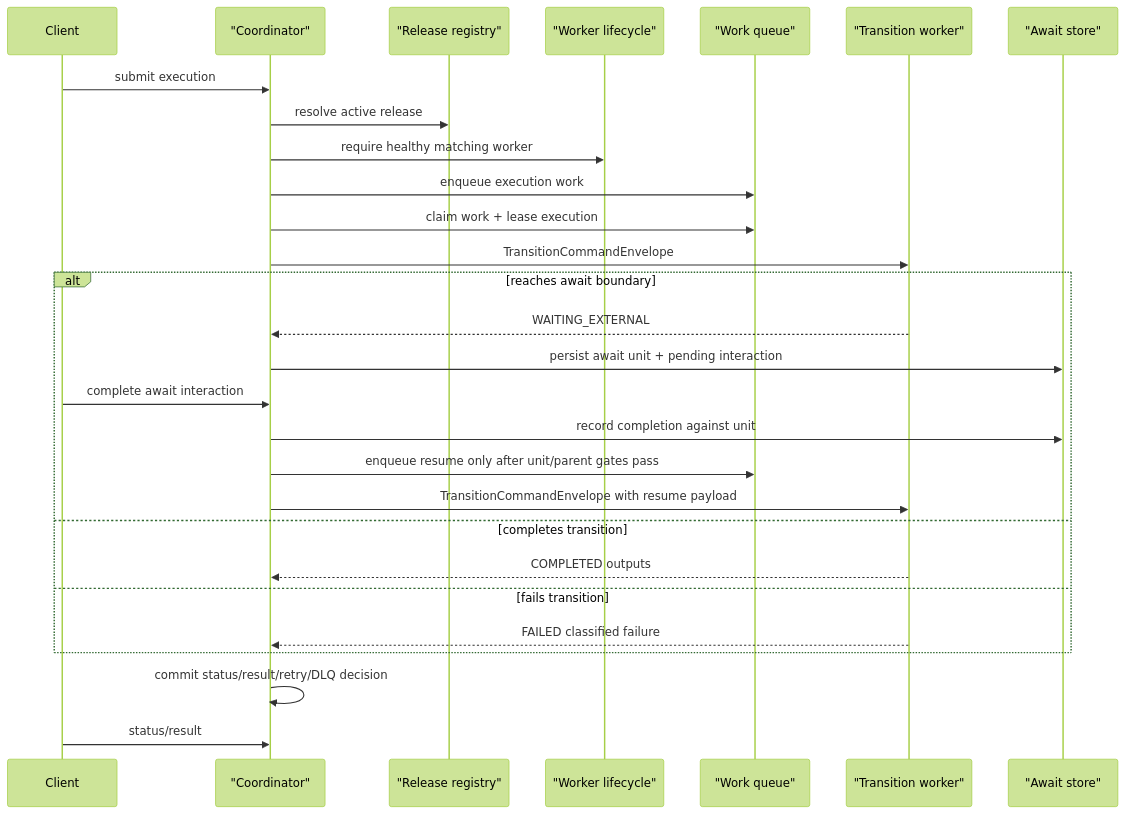
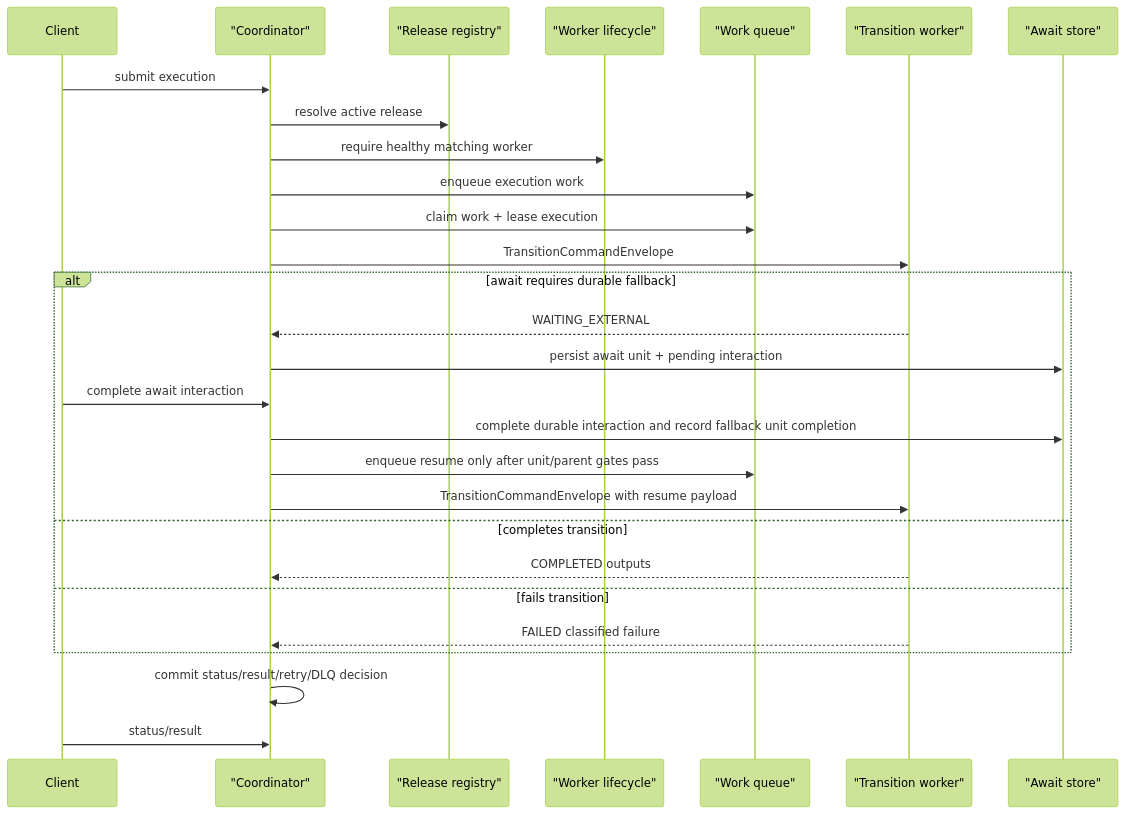
One commit to The-Pipeline-Framework/pipelineframework changed the sixth of 6 diagrams in docs/evolve/durable-coordinator/coordinator-worker-topology.md. Above: the diagram before and after it, drawn with Mermaid (forest theme). The commit also changed other lines of this file and 13 other files, not shown here.

````diff
--- a/docs/evolve/durable-coordinator/coordinator-worker-topology.md
+++ b/docs/evolve/durable-coordinator/coordinator-worker-topology.md
@@ -149,31 +149,31 @@
 ```mermaid
 sequenceDiagram
     participant Client
     participant Coord as "Coordinator"
     participant Releases as "Release registry"
     participant Workers as "Worker lifecycle"
     participant Queue as "Work queue"
     participant Worker as "Transition worker"
     participant Await as "Await store"
 
     Client->>Coord: submit execution
     Coord->>Releases: resolve active release
     Coord->>Workers: require healthy matching worker
     Coord->>Queue: enqueue execution work
     Coord->>Queue: claim work + lease execution
     Coord->>Worker: TransitionCommandEnvelope
-    alt reaches await boundary
+    alt await requires durable fallback
         Worker-->>Coord: WAITING_EXTERNAL
         Coord->>Await: persist await unit + pending interaction
         Client->>Coord: complete await interaction
-        Coord->>Await: record completion against unit
+        Coord->>Await: complete durable interaction and record fallback unit completion
         Coord->>Queue: enqueue resume only after unit/parent gates pass
         Coord->>Worker: TransitionCommandEnvelope with resume payload
     else completes transition
         Worker-->>Coord: COMPLETED outputs
     else fails transition
         Worker-->>Coord: FAILED classified failure
     end
     Coord->>Coord: commit status/result/retry/DLQ decision
     Client->>Coord: status/result
 ```
````
